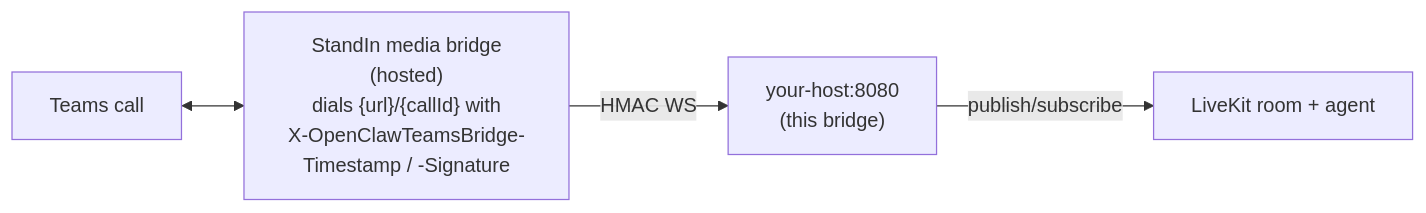
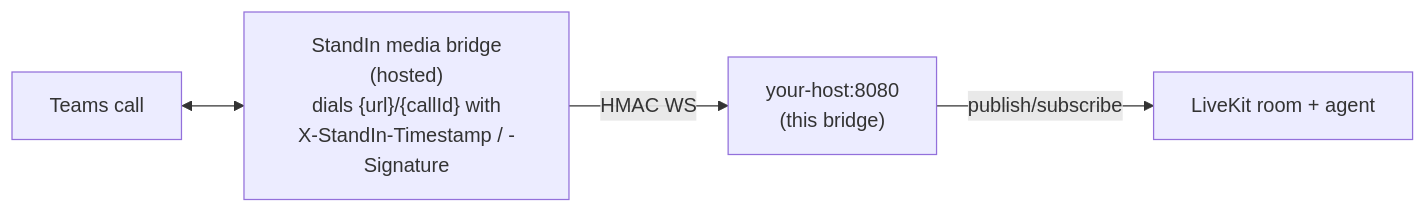
One commit to komaa-com/livekit-msteams-bridge-py changed the diagram in website/src/content/docs/connecting-to-standin.md. Above: the diagram before and after it, drawn with Mermaid. The commit also changed 6 other files, not shown here.

First line of the commit message:
feat: X-StandIn-* auth headers (legacy X-OpenClawTeamsBridge-* still accepted)

````diff
--- a/website/src/content/docs/connecting-to-standin.md
+++ b/website/src/content/docs/connecting-to-standin.md
@@ -14,10 +14,10 @@
 ```mermaid
 flowchart LR
     Teams["Teams call"]
-    StandIn["StandIn media bridge<br/>(hosted)<br/>dials {url}/{callId} with<br/>X-OpenClawTeamsBridge-Timestamp / -Signature"]
+    StandIn["StandIn media bridge<br/>(hosted)<br/>dials {url}/{callId} with<br/>X-StandIn-Timestamp / -Signature"]
     Bridge["your-host:8080<br/>(this bridge)"]
     Room["LiveKit room + agent"]
     Teams <--> StandIn
     StandIn -- "HMAC WS" --> Bridge
     Bridge -- "publish/subscribe" --> Room
 ```
````
